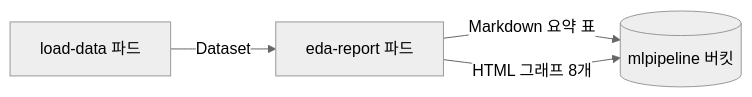
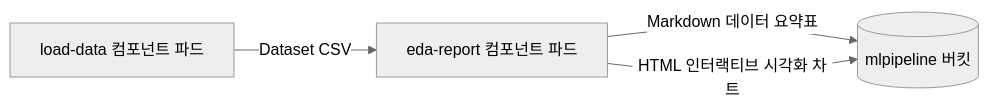
The second of 2 diagrams in mlops/ml-platform-engineering-part2/docs/9-lab1-eda.md (choisungwook/portfolio), drawn with Mermaid (neutral theme) before and after one commit. The commit also changed other lines of this file and 16 other files, not shown here.

````diff
--- a/mlops/ml-platform-engineering-part2/docs/9-lab1-eda.md
+++ b/mlops/ml-platform-engineering-part2/docs/9-lab1-eda.md
@@ -160,6 +83,6 @@
 ```mermaid
 flowchart LR
-  LD[load-data 파드] -->|Dataset| ER[eda-report 파드]
-  ER -->|Markdown 요약 표| KFP[(mlpipeline 버킷)]
-  ER -->|HTML 그래프 8개| KFP
+  LD[load-data 컴포넌트 파드] -->|Dataset CSV| ER[eda-report 컴포넌트 파드]
+  ER -->|Markdown 데이터 요약표| KFP[(mlpipeline 버킷)]
+  ER -->|HTML 인터랙티브 시각화 차트| KFP
 ```
````
